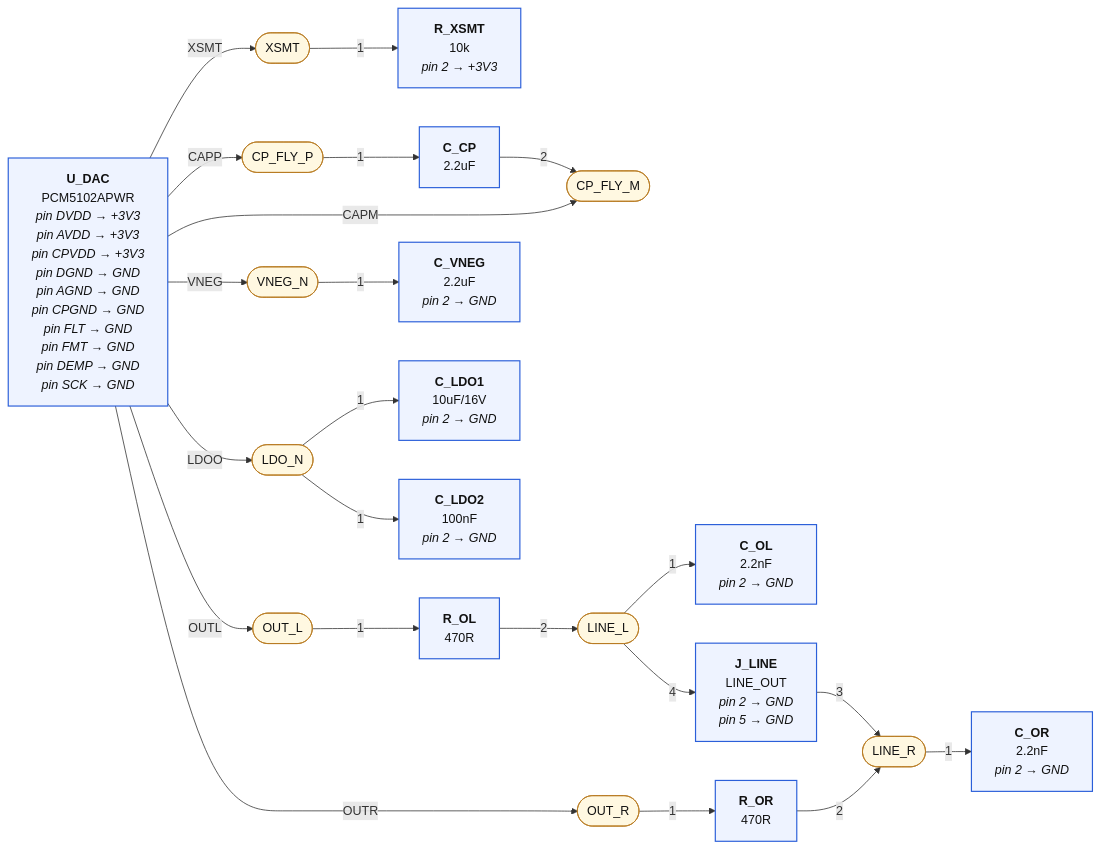
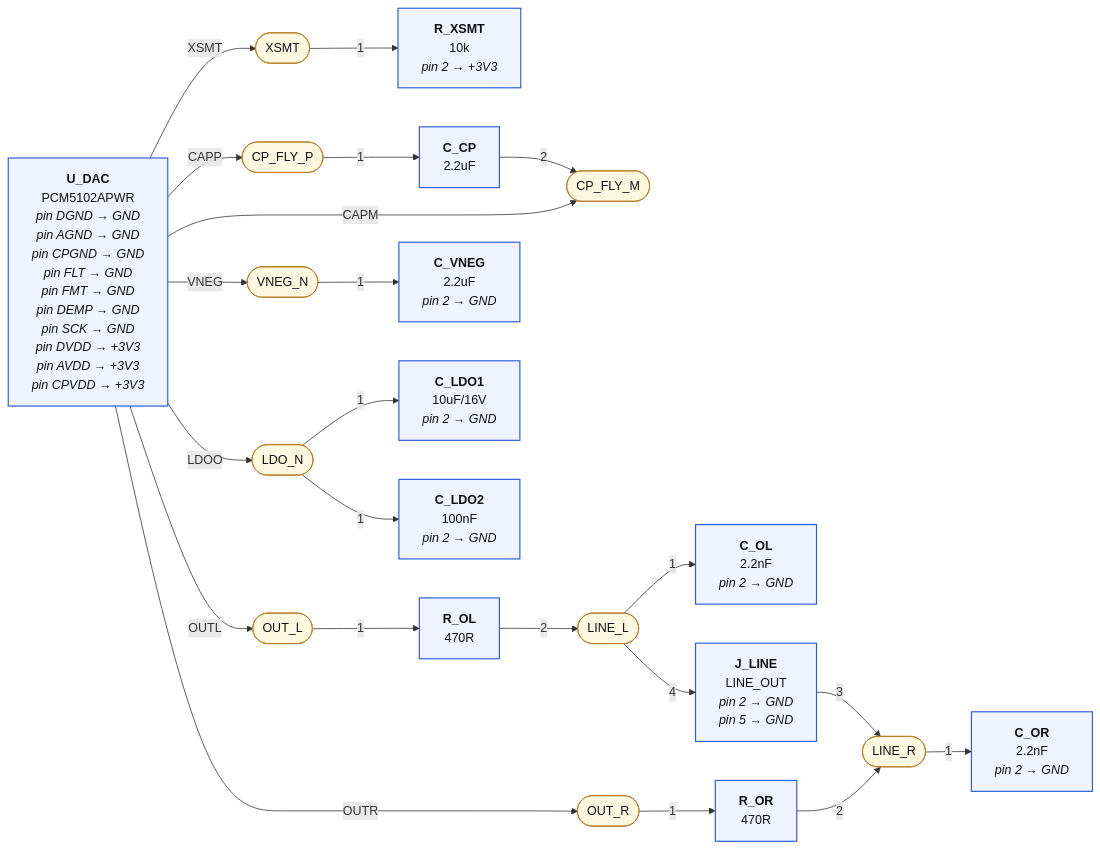
The second of 4 diagrams in hardware/pro/sheets/04-audio.diagram.md (mrwillson2u/propmesh), drawn with Mermaid before and after one commit. The commit also changed other lines of this file and 59 other files, not shown here.

````diff
--- a/hardware/pro/sheets/04-audio.diagram.md
+++ b/hardware/pro/sheets/04-audio.diagram.md
@@ -65,51 +65,51 @@
 ```mermaid
 graph LR
   classDef part fill:#eef3ff,stroke:#2b5fd9,stroke-width:1.5px,color:#111
   classDef net fill:#fff8e1,stroke:#b7791f,color:#111
   classDef rail fill:#ffe0b2,stroke:#e65100,stroke-width:3px,color:#111,font-weight:bold
   classDef badnet fill:#ffe0e0,stroke:#c00,stroke-width:3px,color:#111,font-weight:bold
   classDef absent fill:#fff,stroke:#c00,stroke-width:2px,stroke-dasharray:6 4,color:#c00
   classDef extra fill:#ffecec,stroke:#c00,stroke-width:2px,color:#111
   classDef dnp fill:#f5f5f5,stroke:#999,stroke-dasharray:3 3,color:#666
   N_XSMT(["XSMT"]):::net
-  P_U_DAC["<b>U_DAC</b><br/>PCM5102APWR<br/><i>pin DVDD → +3V3</i><br/><i>pin AVDD → +3V3</i><br/><i>pin CPVDD → +3V3</i><br/><i>pin DGND → GND</i><br/><i>pin AGND → GND</i><br/><i>pin CPGND → GND</i><br/><i>pin FLT → GND</i><br/><i>pin FMT → GND</i><br/><i>pin DEMP → GND</i><br/><i>pin SCK → GND</i>"]:::part
+  P_U_DAC["<b>U_DAC</b><br/>PCM5102APWR<br/><i>pin DGND → GND</i><br/><i>pin AGND → GND</i><br/><i>pin CPGND → GND</i><br/><i>pin FLT → GND</i><br/><i>pin FMT → GND</i><br/><i>pin DEMP → GND</i><br/><i>pin SCK → GND</i><br/><i>pin DVDD → +3V3</i><br/><i>pin AVDD → +3V3</i><br/><i>pin CPVDD → +3V3</i>"]:::part
   P_U_DAC --"XSMT"--> N_XSMT
   P_R_XSMT["<b>R_XSMT</b><br/>10k<br/><i>pin 2 → +3V3</i>"]:::part
   N_XSMT --"1"--> P_R_XSMT
   N_CP_FLY_P(["CP_FLY_P"]):::net
   P_U_DAC --"CAPP"--> N_CP_FLY_P
   P_C_CP["<b>C_CP</b><br/>2.2uF"]:::part
   N_CP_FLY_P --"1"--> P_C_CP
   N_CP_FLY_M(["CP_FLY_M"]):::net
   P_U_DAC --"CAPM"--> N_CP_FLY_M
   P_C_CP --"2"--> N_CP_FLY_M
   N_VNEG_N(["VNEG_N"]):::net
   P_U_DAC --"VNEG"--> N_VNEG_N
   P_C_VNEG["<b>C_VNEG</b><br/>2.2uF<br/><i>pin 2 → GND</i>"]:::part
   N_VNEG_N --"1"--> P_C_VNEG
   N_LDO_N(["LDO_N"]):::net
   P_U_DAC --"LDOO"--> N_LDO_N
   P_C_LDO1["<b>C_LDO1</b><br/>10uF/16V<br/><i>pin 2 → GND</i>"]:::part
   N_LDO_N --"1"--> P_C_LDO1
   P_C_LDO2["<b>C_LDO2</b><br/>100nF<br/><i>pin 2 → GND</i>"]:::part
   N_LDO_N --"1"--> P_C_LDO2
   N_OUT_L(["OUT_L"]):::net
   P_U_DAC --"OUTL"--> N_OUT_L
   P_R_OL["<b>R_OL</b><br/>470R"]:::part
   N_OUT_L --"1"--> P_R_OL
   N_LINE_L(["LINE_L"]):::net
   P_R_OL --"2"--> N_LINE_L
   P_C_OL["<b>C_OL</b><br/>2.2nF<br/><i>pin 2 → GND</i>"]:::part
   N_LINE_L --"1"--> P_C_OL
   P_J_LINE["<b>J_LINE</b><br/>LINE_OUT<br/><i>pin 2 → GND</i><br/><i>pin 5 → GND</i>"]:::part
   N_LINE_L --"4"--> P_J_LINE
   N_OUT_R(["OUT_R"]):::net
   P_U_DAC --"OUTR"--> N_OUT_R
   P_R_OR["<b>R_OR</b><br/>470R"]:::part
   N_OUT_R --"1"--> P_R_OR
   N_LINE_R(["LINE_R"]):::net
   P_R_OR --"2"--> N_LINE_R
   P_C_OR["<b>C_OR</b><br/>2.2nF<br/><i>pin 2 → GND</i>"]:::part
   N_LINE_R --"1"--> P_C_OR
   P_J_LINE --"3"--> N_LINE_R
 ```
````
